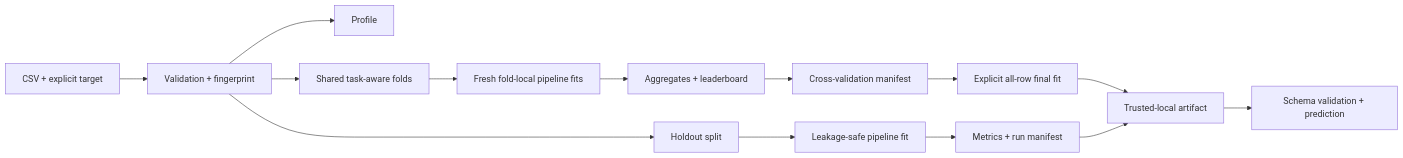
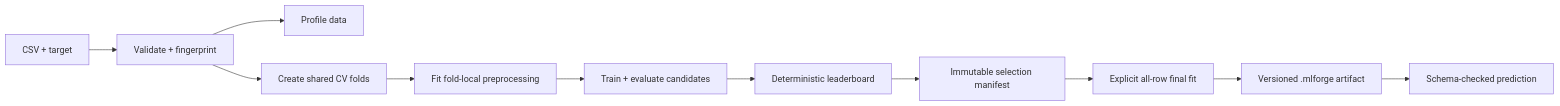
Before and after one commit to HivMindAI/mlforge: the diagram in README.md, drawn with Mermaid. The commit also changed other lines of this file and 15 other files, not shown here.

````diff
--- a/README.md
+++ b/README.md
@@ -148,16 +43,13 @@
 ```mermaid
 flowchart LR
-    A["CSV + explicit target"] --> B["Validation + fingerprint"]
-    B --> C["Profile"]
-    B --> D["Holdout split"]
-    B --> E["Shared task-aware folds"]
-    D --> F["Leakage-safe pipeline fit"]
-    E --> G["Fresh fold-local pipeline fits"]
-    F --> H["Metrics + run manifest"]
-    G --> I["Aggregates + leaderboard"]
-    I --> J["Cross-validation manifest"]
-    J --> M["Explicit all-row final fit"]
-    M --> K
-    H --> K["Trusted-local artifact"]
-    K --> L["Schema validation + prediction"]
+    A["CSV + target"] --> B["Validate + fingerprint"]
+    B --> C["Profile data"]
+    B --> D["Create shared CV folds"]
+    D --> E["Fit fold-local preprocessing"]
+    E --> F["Train + evaluate candidates"]
+    F --> G["Deterministic leaderboard"]
+    G --> H["Immutable selection manifest"]
+    H --> I["Explicit all-row final fit"]
+    I --> J["Versioned .mlforge artifact"]
+    J --> K["Schema-checked prediction"]
 ```
````
